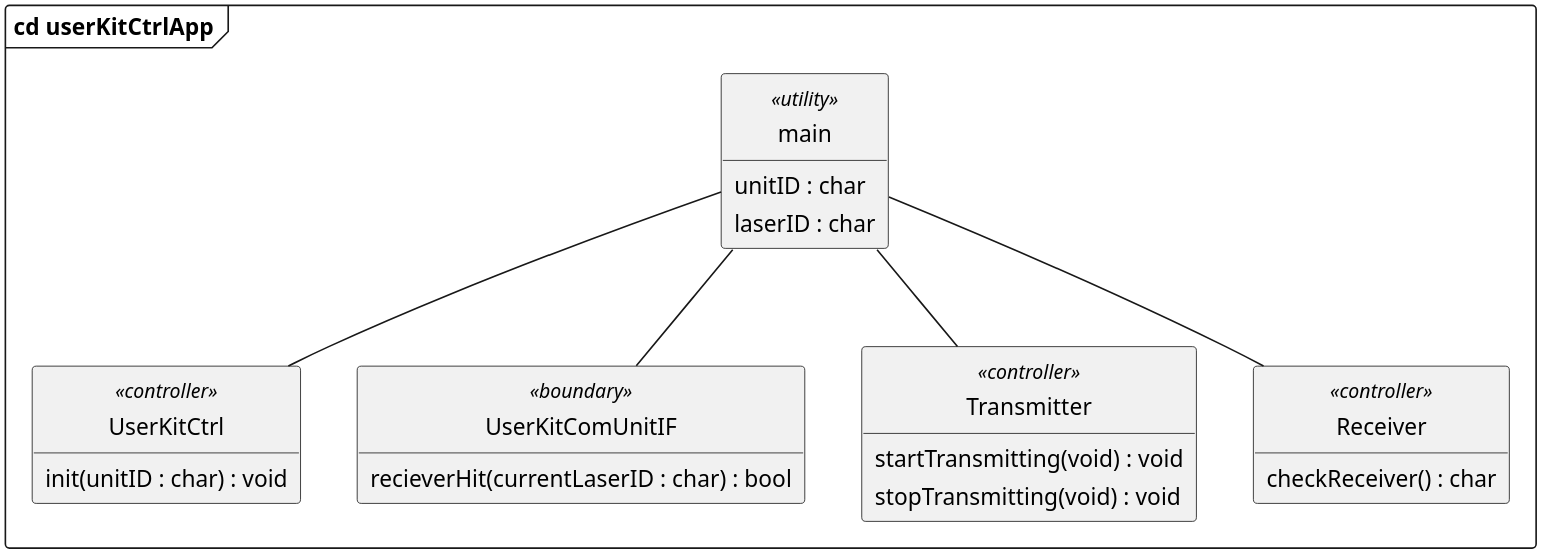
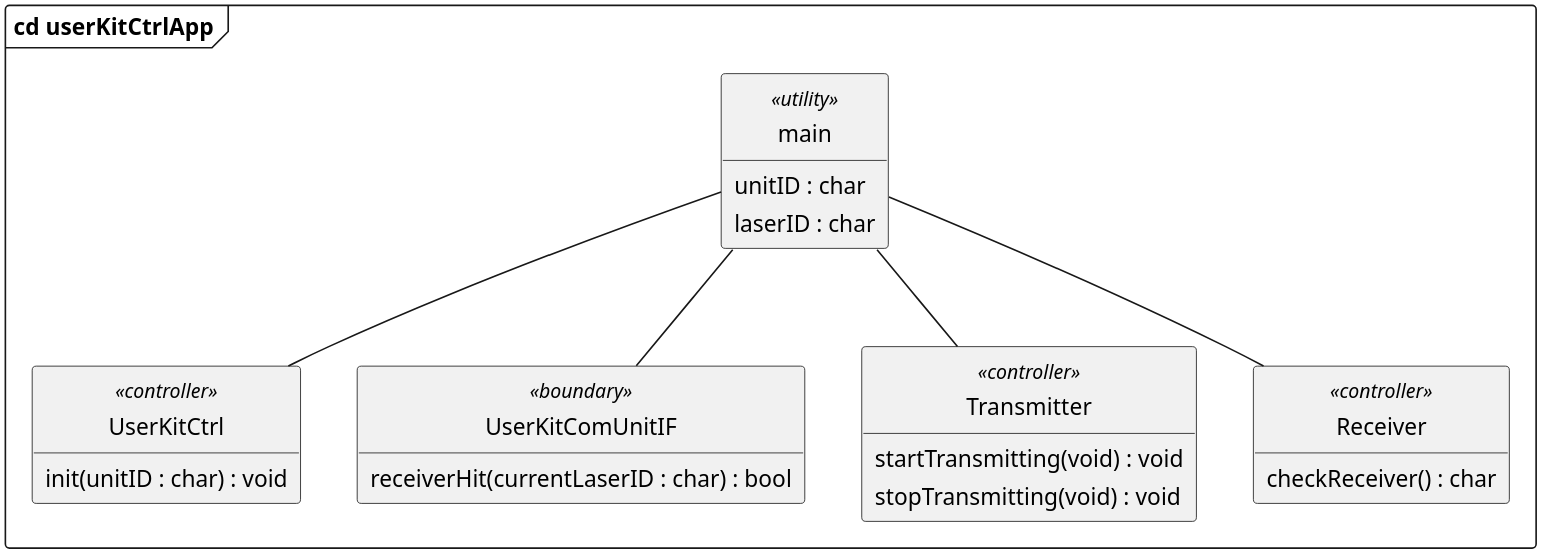
One commit to LasseKrarup/Laser-Tag-Project changed the diagram in PlantUML/src/userKitCtrlApp_cd.plantuml. Above: the diagram before and after it, drawn with PlantUML. The commit also changed 3 other files, not shown here.

```diff
--- a/PlantUML/src/userKitCtrlApp_cd.plantuml
+++ b/PlantUML/src/userKitCtrlApp_cd.plantuml
@@ -1,45 +1,45 @@
-@startuml UserKitCtrlApp_cd
+@startuml userKitCtrlApp_cd
 
 skinparam {
     monochrome true
     dpi 300
     padding 2
     packageStyle rectangle
     packageStyle frame
     shadowing false
     classAttributeIconSize 0
 }
 hide circle
 hide empty members
 
 frame "cd userKitCtrlApp" {
 
     class main <<utility>> {
         unitID : char
         laserID : char
     }
 
     class UserKitCtrl <<controller>> {
         init(unitID : char) : void
     }
 
     class UserKitComUnitIF <<boundary>> {
-        recieverHit(currentLaserID : char) : bool
+        receiverHit(currentLaserID : char) : bool
     }
 
     class Transmitter <<controller>> {
         startTransmitting(void) : void
         stopTransmitting(void) : void
     }
 
     class Receiver <<controller>> {
         checkReceiver() : char
     }
 }
 
 main -- UserKitCtrl
 main -- Transmitter
 main -- Receiver
 main -- UserKitComUnitIF
 
 @enduml
```
